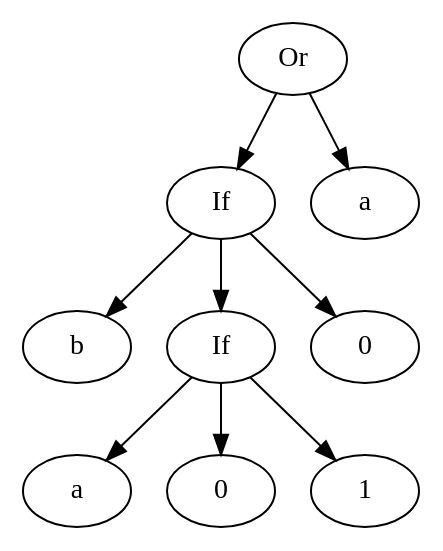
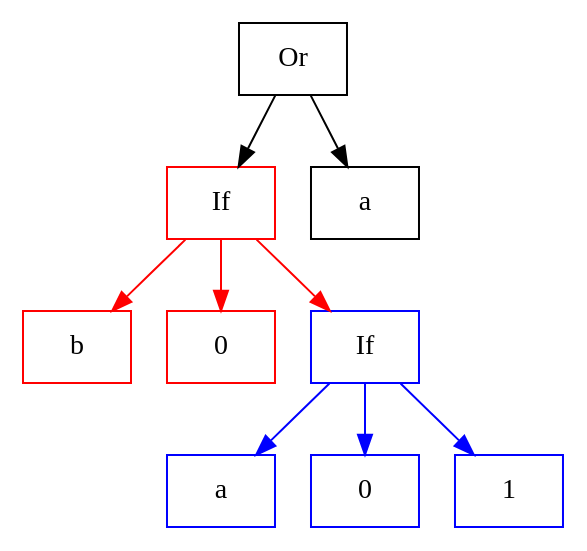
Before and after one commit to chathamabate/youtube-misc: the diagram in boolreduce/graphs/toIf2.gv, drawn with Graphviz. The commit also changed 11 other files, not shown here.

```diff
--- a/boolreduce/graphs/toIf2.gv
+++ b/boolreduce/graphs/toIf2.gv
@@ -1,21 +1,34 @@
 
 // toIf2
 digraph G {
+    node [shape="box"];
     n0 [label="Or"];
+    
+    subgraph D {
+        node [color="red"]
+        edge [color="red"]   
+
+        n1 [label="If"];
+        n1 -> n2;
+        n2 [label="b"];
+        n1 -> n7;
+        n7 [label="0"];
+        n1 -> n3;
+    }
+    
+    subgraph F {
+        node [color="blue"]
+        edge [color="blue"]   
+        n3 [label="If" color="blue"];
+        n3 -> n4;
+        n4 [label="a"];
+        n3 -> n5;
+        n5 [label="0"];
+        n3 -> n6;
+        n6 [label="1"];
+    }
+
     n0 -> n1;
-    n1 [label="If"];
-    n1 -> n2;
-    n2 [label="b"];
-    n1 -> n3;
-    n3 [label="If"];
-    n3 -> n4;
-    n4 [label="a"];
-    n3 -> n5;
-    n5 [label="0"];
-    n3 -> n6;
-    n6 [label="1"];
-    n1 -> n7;
-    n7 [label="0"];
     n0 -> n8;
     n8 [label="a"];
 }
```
